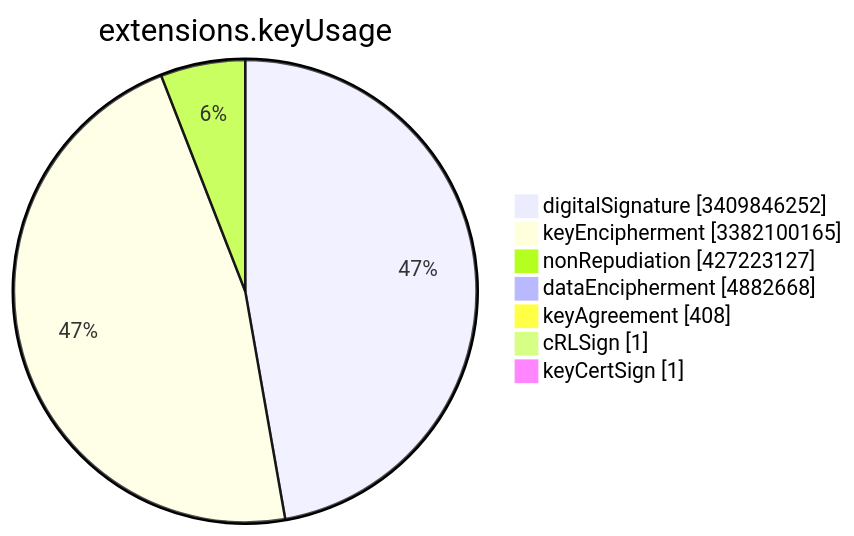
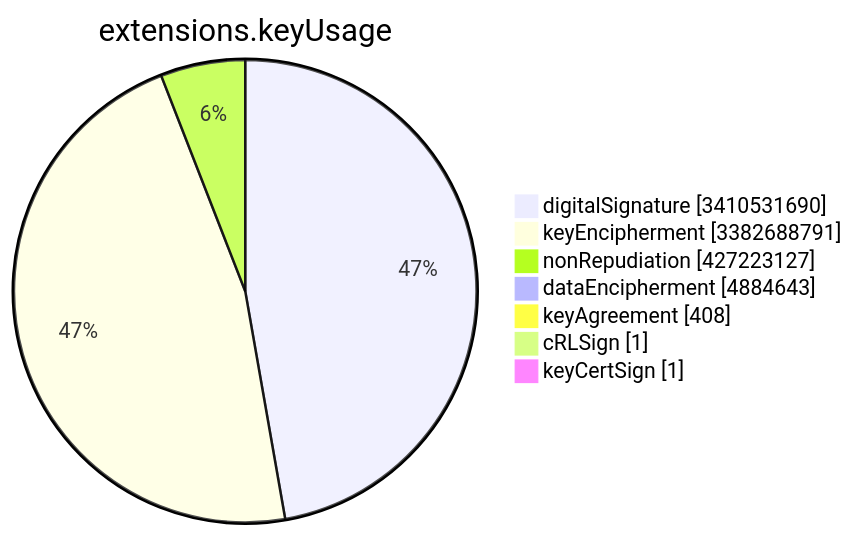
Before and after one commit to christiankrug/ctmonitor_visualization: the sixth of 15 diagrams in TOTAL/README.md, drawn with Mermaid. The commit also changed other lines of this file, not shown here.

````diff
--- a/TOTAL/README.md
+++ b/TOTAL/README.md
@@ -3081,11 +3081,11 @@
 ```mermaid
 pie showData
 title extensions.keyUsage
-"digitalSignature" :3409846252
-"keyEncipherment" :3382100165
+"digitalSignature" :3410531690
+"keyEncipherment" :3382688791
 "nonRepudiation" :427223127
-"dataEncipherment" :4882668
+"dataEncipherment" :4884643
 "keyAgreement" :408
 "cRLSign" :1
 "keyCertSign" :1
 ```
````
